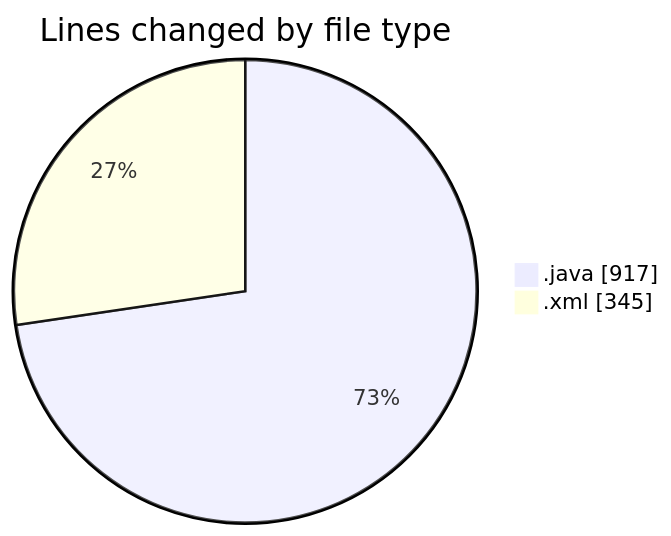
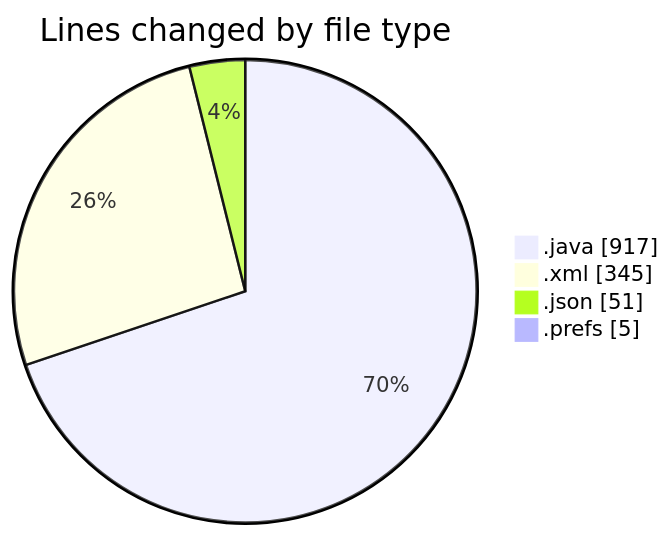
Before and after one commit to ricardozamudiocil/code-tracking: the first of 2 diagrams in 2026-10-01/cilreports__workspace_/README.md, drawn with Mermaid. The commit also changed other lines of this file and 1 other file, not shown here.

````diff
--- a/2026-10-01/cilreports__workspace_/README.md
+++ b/2026-10-01/cilreports__workspace_/README.md
@@ -21,6 +23,8 @@
 ```mermaid
 pie showData
 title Lines changed by file type
 ".java" : 917
 ".xml" : 345
+".json" : 51
+".prefs" : 5
 ```
````
